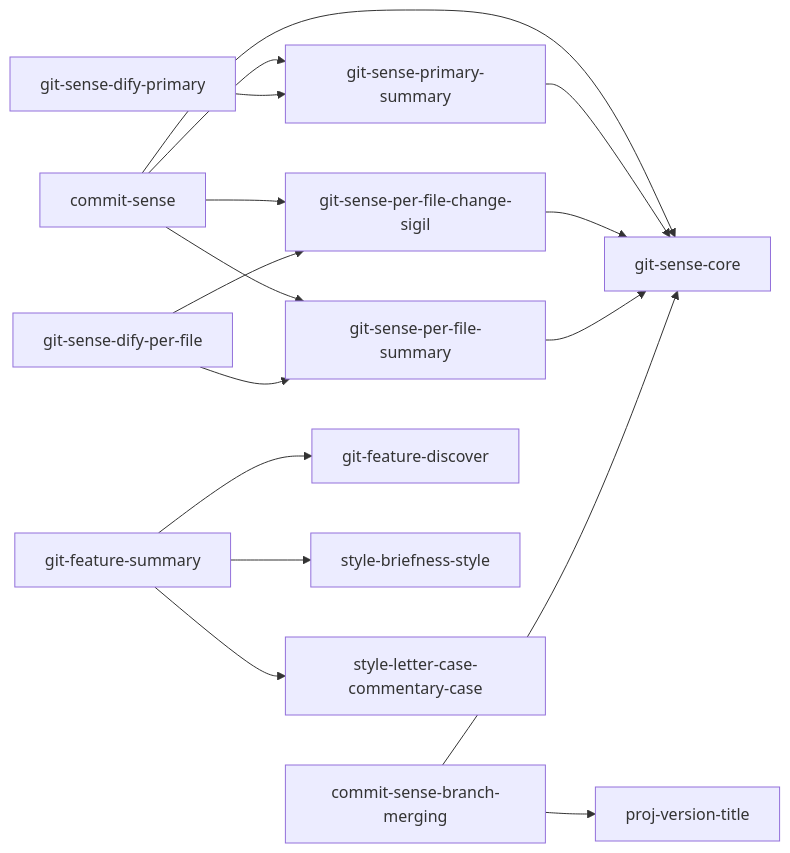
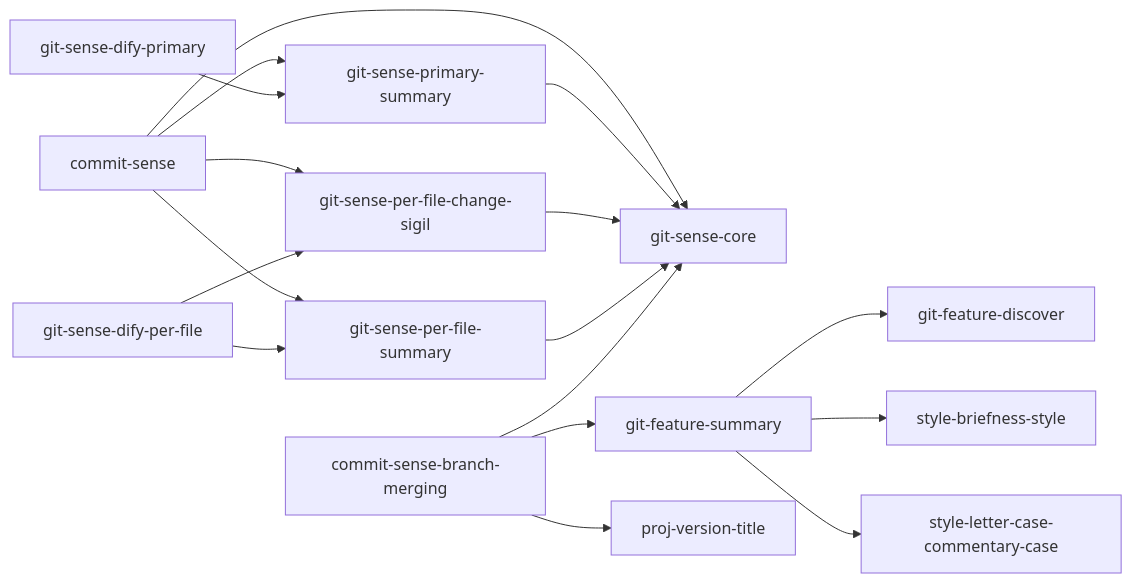
Before and after one commit to kami-lel/kaye-library: the third of 7 diagrams in docs/blueprint-doc.md, drawn with Mermaid. The commit also changed 3 other files, not shown here.

First line of the commit message:
rework merge first lines; Feature Landing carries branch summary

````diff
--- a/docs/blueprint-doc.md
+++ b/docs/blueprint-doc.md
@@ -76,18 +76,19 @@
 ```mermaid
 flowchart LR
     commit_sense["commit-sense"] --> git_sense_core["git-sense-core"]
     commit_sense --> git_sense_primary_summary["git-sense-primary-summary"]
     commit_sense --> git_sense_per_file_change_sigil["git-sense-per-file-change-sigil"]
     commit_sense --> git_sense_per_file_summary["git-sense-per-file-summary"]
     git_sense_primary_summary --> git_sense_core
     git_sense_per_file_change_sigil --> git_sense_core
     git_sense_per_file_summary --> git_sense_core
     commit_sense_branch_merging["commit-sense-branch-merging"] --> git_sense_core
+    commit_sense_branch_merging --> git_feature_summary["git-feature-summary"]
     commit_sense_branch_merging --> proj_version_title["proj-version-title"]
     git_sense_dify_primary["git-sense-dify-primary"] --> git_sense_primary_summary
     git_sense_dify_per_file["git-sense-dify-per-file"] --> git_sense_per_file_change_sigil
     git_sense_dify_per_file --> git_sense_per_file_summary
     git_feature_summary["git-feature-summary"] --> git_feature_discover["git-feature-discover"]
     git_feature_summary --> style_briefness_style["style-briefness-style"]
     git_feature_summary --> style_letter_case_commentary_case["style-letter-case-commentary-case"]
 ```
````
